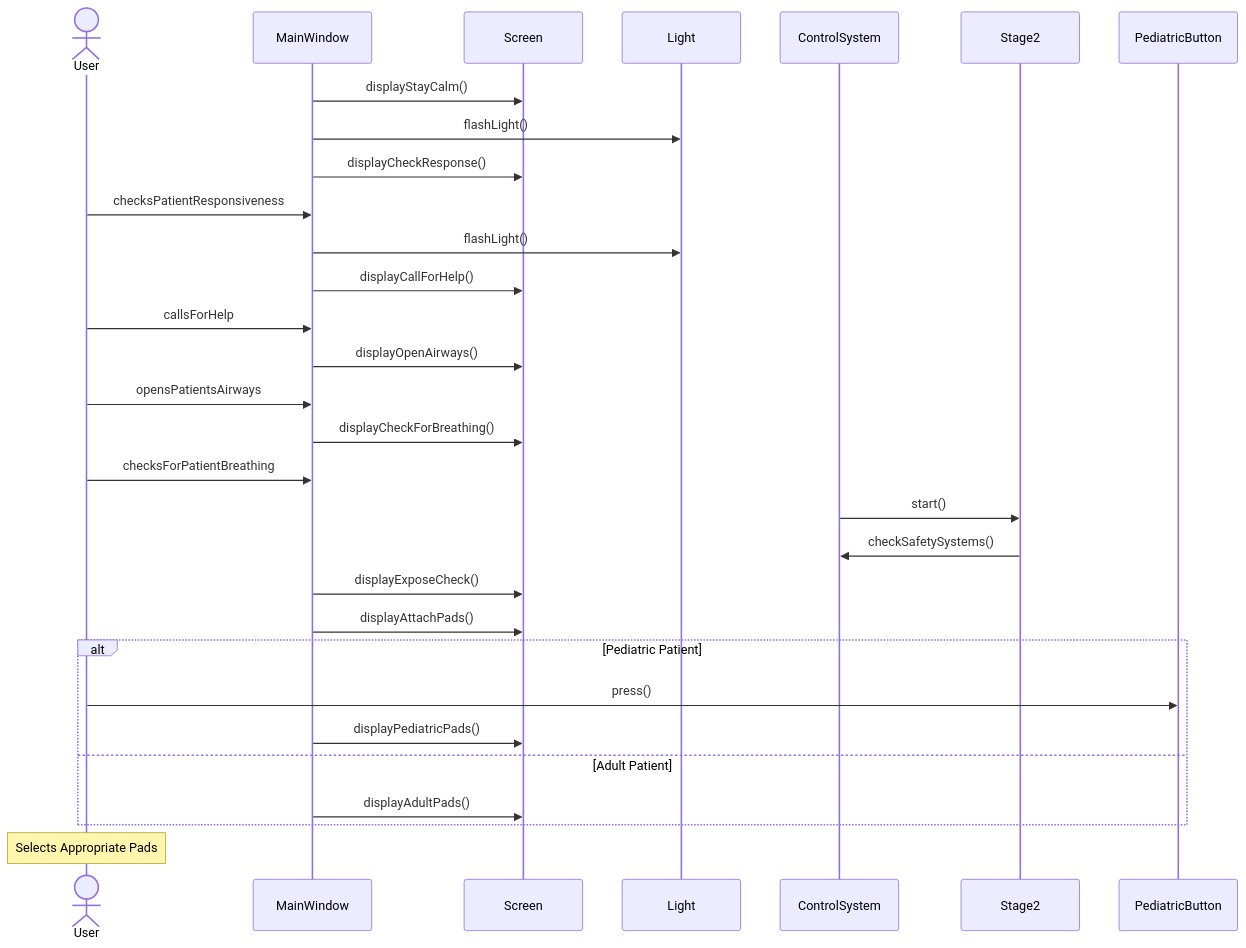
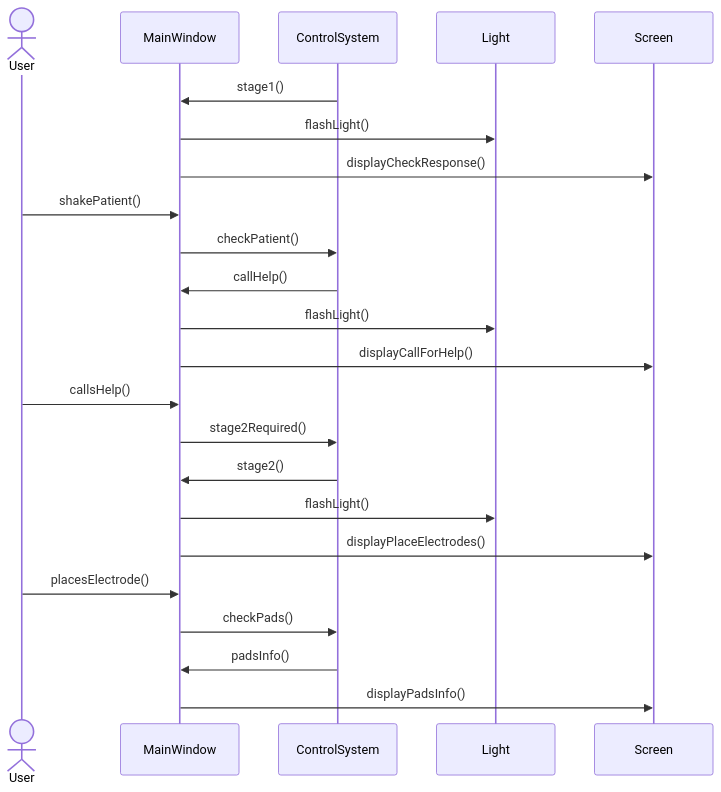
One commit to SaturnOperator/AED-System changed the second of 8 diagrams in README.md. Above: the diagram before and after it, drawn with Mermaid. The commit also changed other lines of this file and 1 other file, not shown here.

First line of the commit message:
Revert "Merge branch 'main' of github.com:SaturnOperator/AED-System"

````diff
--- a/README.md
+++ b/README.md
@@ -48,26 +52,25 @@
 ```mermaid
 sequenceDiagram
 actor User
-    MainWindow->>Screen: displayStayCalm()
+participant MainWindow
+participant ControlSystem
+participant Light
+participant Screen
+    ControlSystem->>MainWindow: stage1()
     MainWindow->>Light: flashLight()
     MainWindow->>Screen: displayCheckResponse()
-    User->>MainWindow: checksPatientResponsiveness
+    User->>MainWindow: shakePatient()
+    MainWindow->>ControlSystem: checkPatient()
+    ControlSystem->>MainWindow: callHelp()
     MainWindow->>Light: flashLight()
     MainWindow->>Screen: displayCallForHelp()
-    User->>MainWindow: callsForHelp
-    MainWindow->>Screen: displayOpenAirways()
-    User->>MainWindow: opensPatientsAirways
-    MainWindow->>Screen: displayCheckForBreathing()
-    User->>MainWindow: checksForPatientBreathing
-    ControlSystem->>Stage2: start()
-    Stage2->>ControlSystem: checkSafetySystems()
-    MainWindow->>Screen: displayExposeCheck()
-    MainWindow->>Screen: displayAttachPads()
-    alt Pediatric Patient
-        User->>PediatricButton: press()
-        MainWindow->>Screen: displayPediatricPads()
-    else Adult Patient
-        MainWindow->>Screen: displayAdultPads()
-    end
-    Note over User: Selects Appropriate Pads
+    User->>MainWindow: callsHelp()
+    MainWindow->>ControlSystem: stage2Required()
+    ControlSystem->>MainWindow: stage2()
+    MainWindow->>Light: flashLight()
+    MainWindow->>Screen: displayPlaceElectrodes()
+    User->>MainWindow: placesElectrode()
+    MainWindow->>ControlSystem: checkPads()
+    ControlSystem->>MainWindow: padsInfo()
+    MainWindow->>Screen: displayPadsInfo()
 ```
````
